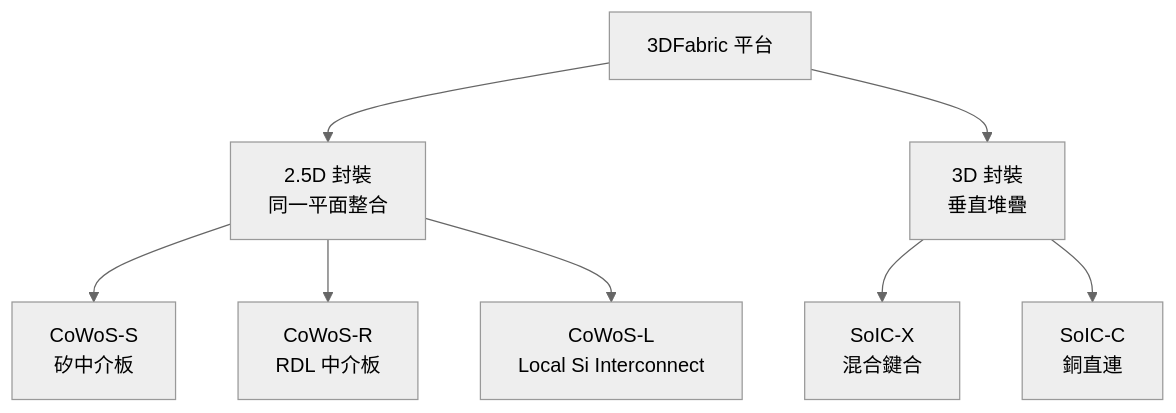
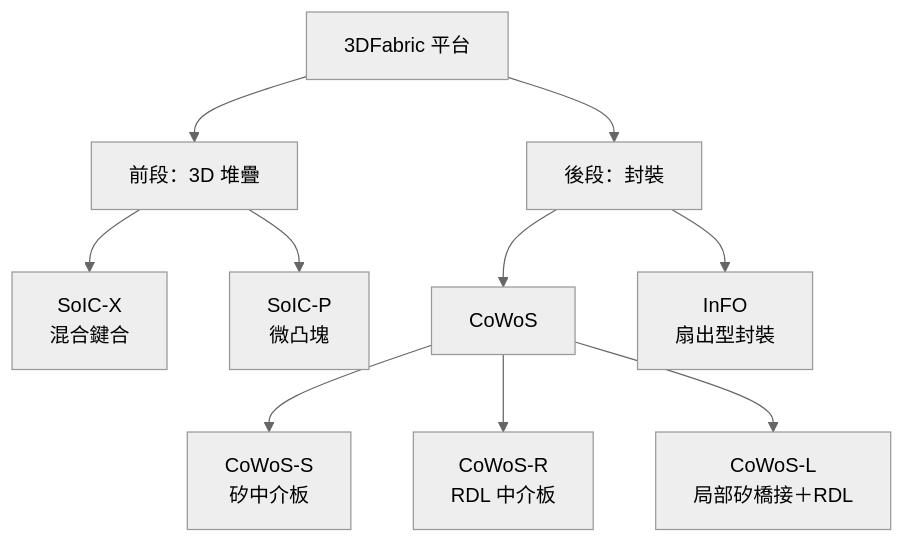
Before and after one commit to wizardhsiehcom/book: the second of 3 diagrams in docs/tsmc/05-advanced-packaging.md, drawn with Mermaid (neutral theme). The commit also changed other lines of this file and 1 other file, not shown here.

````diff
--- a/docs/tsmc/05-advanced-packaging.md
+++ b/docs/tsmc/05-advanced-packaging.md
@@ -27,11 +27,13 @@
 ```mermaid
 graph TD
     T["3DFabric 平台"]
-    T --> A["2.5D 封裝<br/>同一平面整合"]
-    T --> B["3D 封裝<br/>垂直堆疊"]
-    A --> A1["CoWoS-S<br/>矽中介板"]
-    A --> A2["CoWoS-R<br/>RDL 中介板"]
-    A --> A3["CoWoS-L<br/>Local Si Interconnect"]
-    B --> B1["SoIC-X<br/>混合鍵合"]
-    B --> B2["SoIC-C<br/>銅直連"]
+    T --> F["前段：3D 堆疊"]
+    T --> B["後段：封裝"]
+    F --> F1["SoIC-X<br/>混合鍵合"]
+    F --> F2["SoIC-P<br/>微凸塊"]
+    B --> C["CoWoS"]
+    B --> I["InFO<br/>扇出型封裝"]
+    C --> C1["CoWoS-S<br/>矽中介板"]
+    C --> C2["CoWoS-R<br/>RDL 中介板"]
+    C --> C3["CoWoS-L<br/>局部矽橋接＋RDL"]
 ```
````
